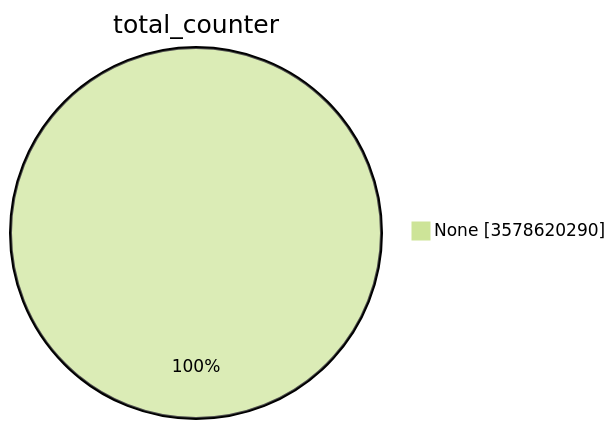
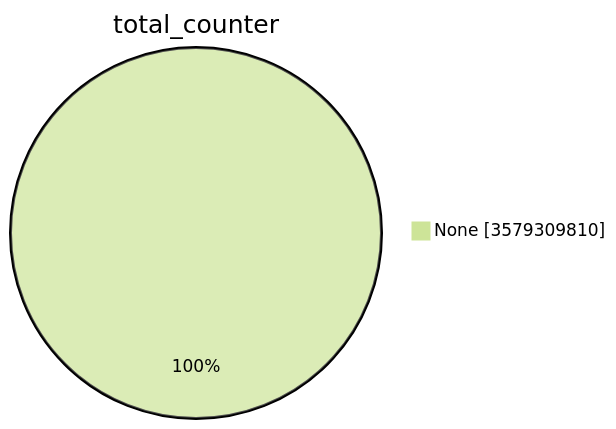
The first of 15 diagrams in TOTAL/README.md (christiankrug/ctmonitor_visualization), drawn with Mermaid (forest theme) before and after one commit. The commit also changed other lines of this file, not shown here.

````diff
--- a/TOTAL/README.md
+++ b/TOTAL/README.md
@@ -1,5 +1,5 @@
 ```mermaid
 pie showData
 title total_counter
-"None" :3578620290
+"None" :3579309810
 ```
````
